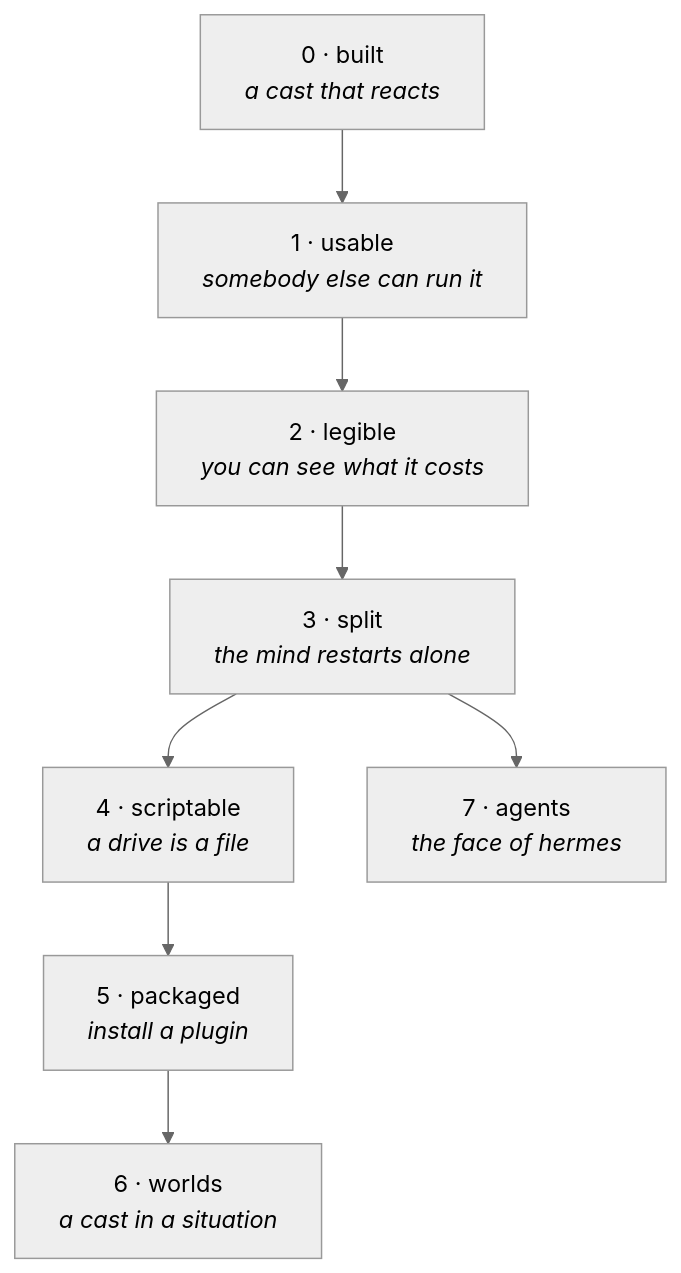
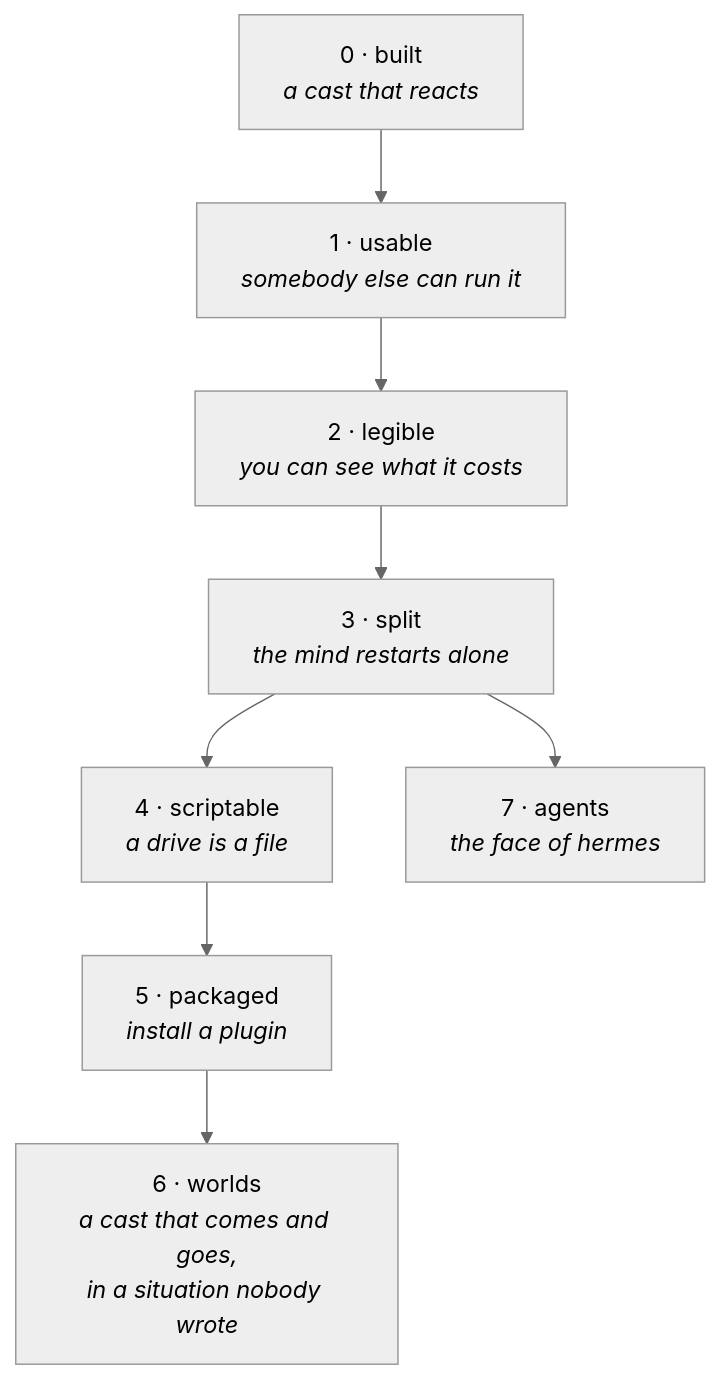
One commit to api-haus/lilguys changed the diagram in docs/roadmap.md. Above: the diagram before and after it, drawn with Mermaid (neutral theme). The commit also changed other lines of this file and 5 other files, not shown here.

First line of the commit message:
docs: a cast that comes and goes, and a director that stages rather than scripts

````diff
--- a/docs/roadmap.md
+++ b/docs/roadmap.md
@@ -9,10 +9,10 @@
 ```mermaid
 flowchart TD
     P0["0 · built<br/><i>a cast that reacts</i>"] --> P1["1 · usable<br/><i>somebody else can run it</i>"]
     P1 --> P2["2 · legible<br/><i>you can see what it costs</i>"]
     P2 --> P3["3 · split<br/><i>the mind restarts alone</i>"]
     P3 --> P4["4 · scriptable<br/><i>a drive is a file</i>"]
     P4 --> P5["5 · packaged<br/><i>install a plugin</i>"]
-    P5 --> P6["6 · worlds<br/><i>a cast in a situation</i>"]
+    P5 --> P6["6 · worlds<br/><i>a cast that comes and goes,<br/>in a situation nobody wrote</i>"]
     P3 --> P7["7 · agents<br/><i>the face of hermes</i>"]
 ```
````
